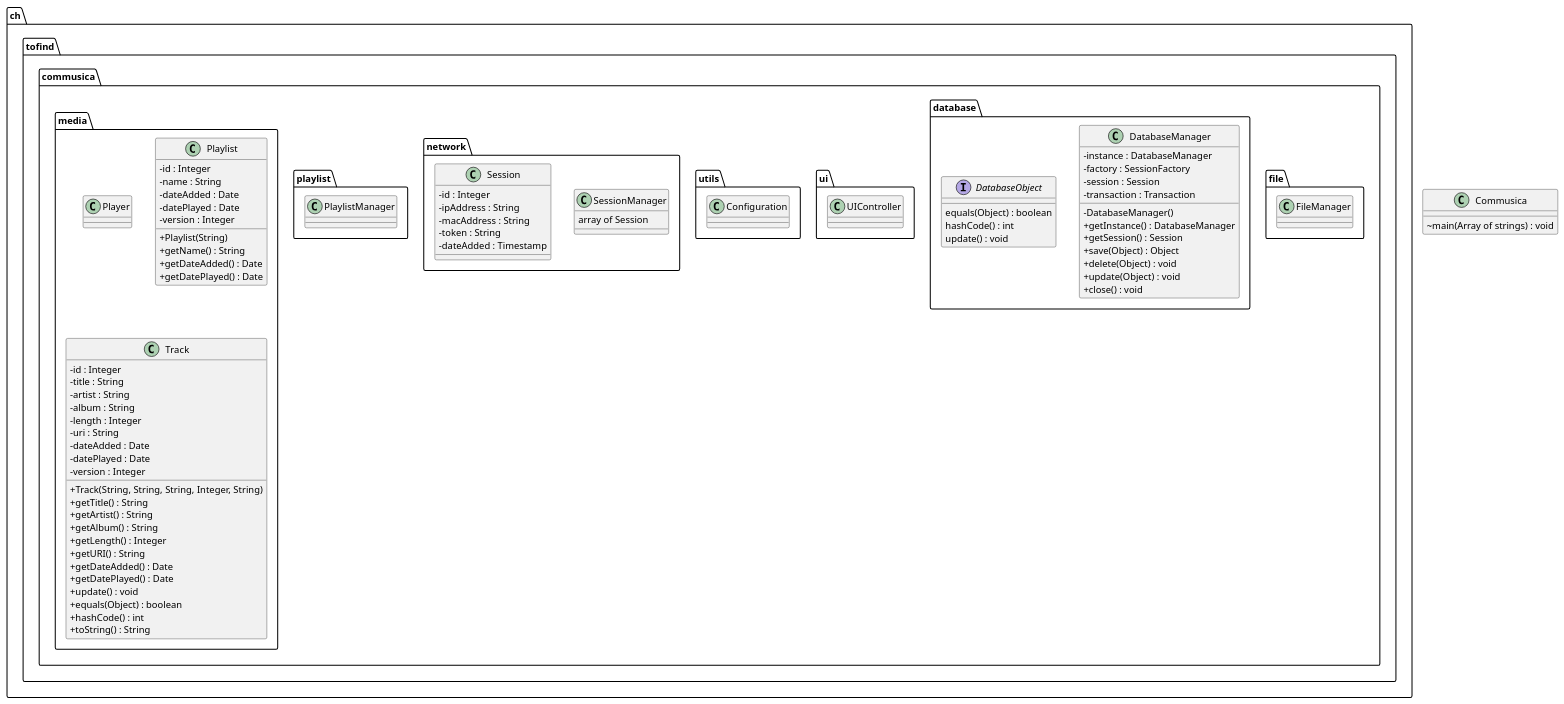
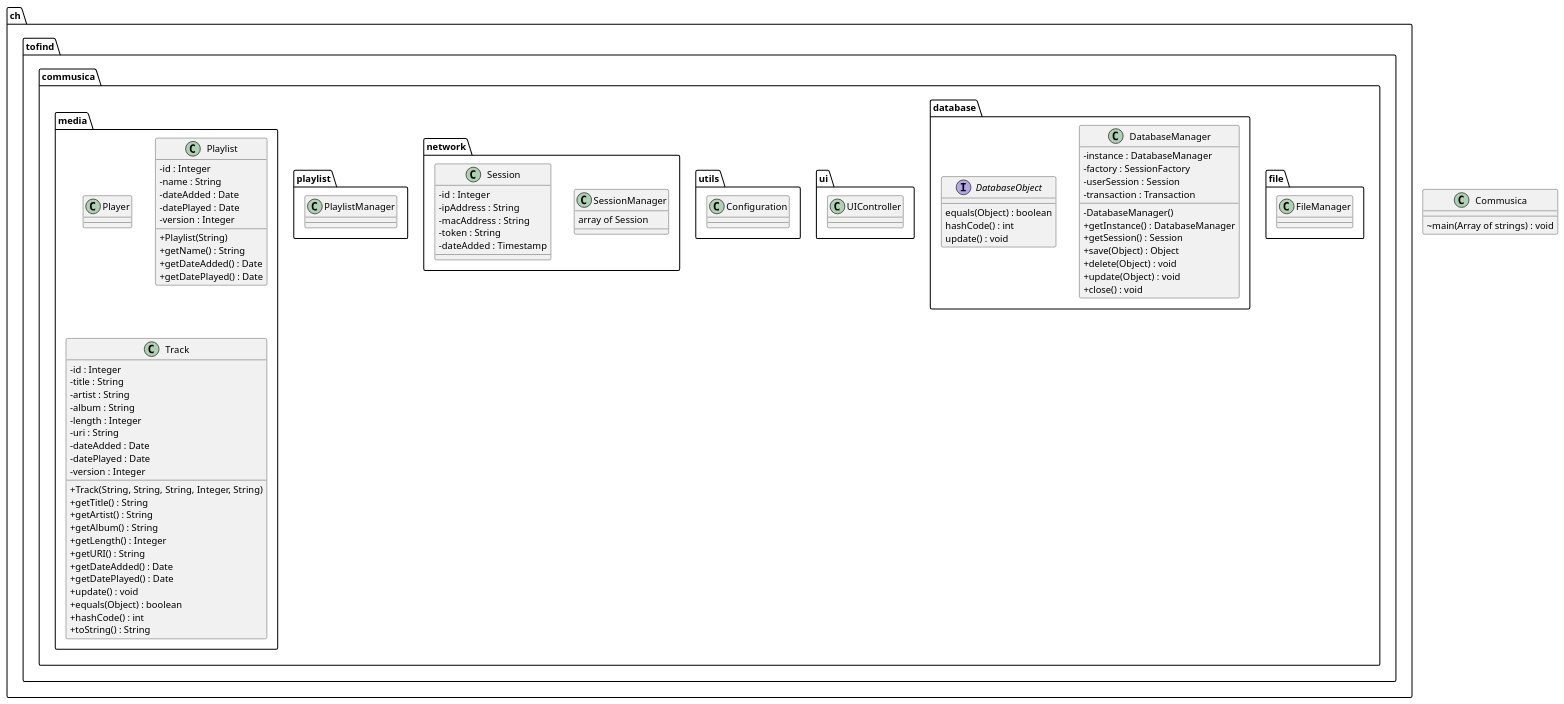
One commit to heig-vd-pro2017/projet changed the diagram in doc/commusica/UML-full.puml. Above: the diagram before and after it, drawn with PlantUML. The commit also changed 23 other files, not shown here.

```diff
--- a/doc/commusica/UML-full.puml
+++ b/doc/commusica/UML-full.puml
@@ -1,114 +1,114 @@
 @startuml
 
 skinparam classAttributeIconSize 0
 
 class Commusica {
     ~main(Array of strings) : void
 }
 
 package ch.tofind.commusica.file {
     class FileManager {
 
     }
 }
 
 package ch.tofind.commusica.database {
     class DatabaseManager {
         -instance : DatabaseManager
         -factory : SessionFactory
-        -session : Session
+        -userSession : Session
         -transaction : Transaction
 
         -DatabaseManager()
         +getInstance() : DatabaseManager
         +getSession() : Session
         +save(Object) : Object
         +delete(Object) : void
         +update(Object) : void
         +close() : void
     }
 
     interface DatabaseObject {
         equals(Object) : boolean
         hashCode() : int
         update() : void
     }
 }
 
 package ch.tofind.commusica.ui {
     class UIController
 }
 
 package ch.tofind.commusica.utils {
     class Configuration {
 
     }
 }
 
 package ch.tofind.commusica.network {
     class SessionManager {
         array of Session
     }
 
     class Session {
         -id : Integer
         -ipAddress : String
         -macAddress : String
         -token : String
         -dateAdded : Timestamp
     }
 }
 
 package ch.tofind.commusica.playlist {
 
     class PlaylistManager {
 
     }
 }
 
 package ch.tofind.commusica.media {
 
     class Player {
 
     }
 
     class Playlist {
         -id : Integer
         -name : String
         -dateAdded : Date
         -datePlayed : Date
         -version : Integer
 
         +Playlist(String)
         +getName() : String
         +getDateAdded() : Date
         +getDatePlayed() : Date
     }
 
     class Track {
         -id : Integer
         -title : String
         -artist : String
         -album : String
         -length : Integer
         -uri : String
         -dateAdded : Date
         -datePlayed : Date
         -version : Integer
 
         +Track(String, String, String, Integer, String)
         +getTitle() : String
         +getArtist() : String
         +getAlbum() : String
         +getLength() : Integer
         +getURI() : String
         +getDateAdded() : Date
         +getDatePlayed() : Date
         +update() : void
         +equals(Object) : boolean
         +hashCode() : int
         +toString() : String
     }
 }
 
 @enduml
```
